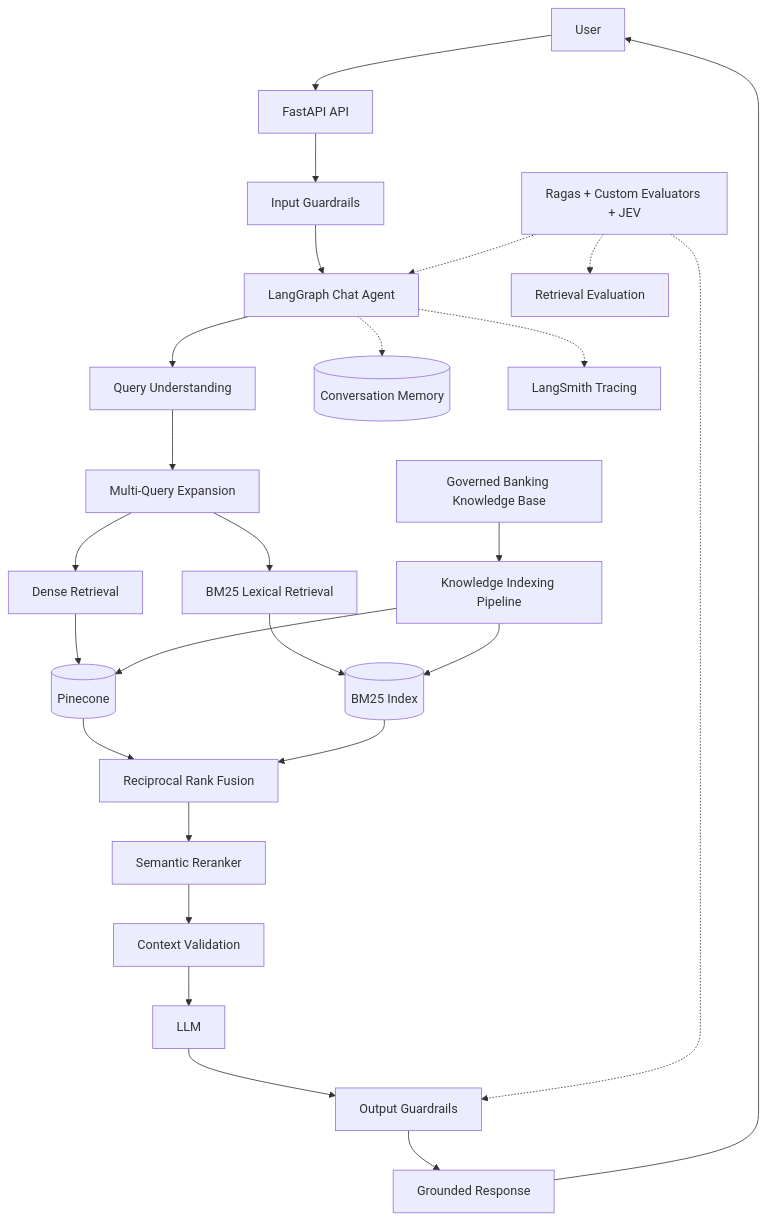
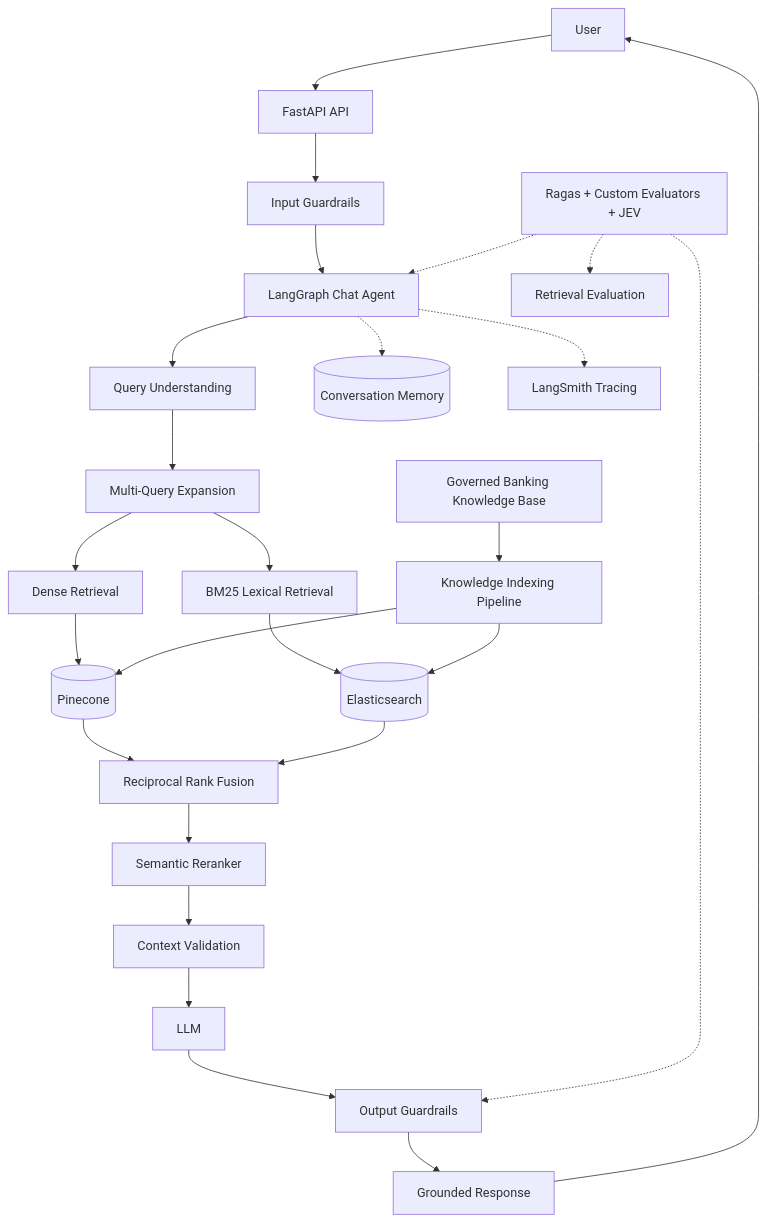
One commit to AdithyaGopakumar/Advanced-RAG-Banking changed the first of 33 diagrams in docs/ARCHITECTURE.md. Above: the diagram before and after it, drawn with Mermaid. The commit also changed other lines of this file and 8 other files, not shown here.

````diff
--- a/docs/ARCHITECTURE.md
+++ b/docs/ARCHITECTURE.md
@@ -19,36 +19,36 @@
 ``` mermaid
 flowchart TB
     User["User"] --> API["FastAPI API"]
     API --> InputGuard["Input Guardrails"]
     InputGuard --> Agent["LangGraph Chat Agent"]
 
     Agent --> Query["Query Understanding"]
     Query --> MQE["Multi-Query Expansion"]
 
     MQE --> Dense["Dense Retrieval"]
     MQE --> Lexical["BM25 Lexical Retrieval"]
 
     Dense --> Pinecone[("Pinecone")]
-    Lexical --> BM25[("BM25 Index")]
+    Lexical --> ES[("Elasticsearch")]
 
     Pinecone --> RRF["Reciprocal Rank Fusion"]
-    BM25 --> RRF
+    ES --> RRF
 
     RRF --> Reranker["Semantic Reranker"]
     Reranker --> Context["Context Validation"]
 
     Context --> LLM["LLM"]
     LLM --> OutputGuard["Output Guardrails"]
     OutputGuard --> Response["Grounded Response"]
     Response --> User
 
     KB["Governed Banking Knowledge Base"] --> Indexing["Knowledge Indexing Pipeline"]
     Indexing --> Pinecone
-    Indexing --> BM25
+    Indexing --> ES
 
     Agent -.-> Memory[("Conversation Memory")]
     Agent -.-> LangSmith["LangSmith Tracing"]
     Evaluation["Ragas + Custom Evaluators + JEV"] -.-> Agent
     Evaluation -.-> Retrieval["Retrieval Evaluation"]
     Evaluation -.-> OutputGuard
 ```
````
